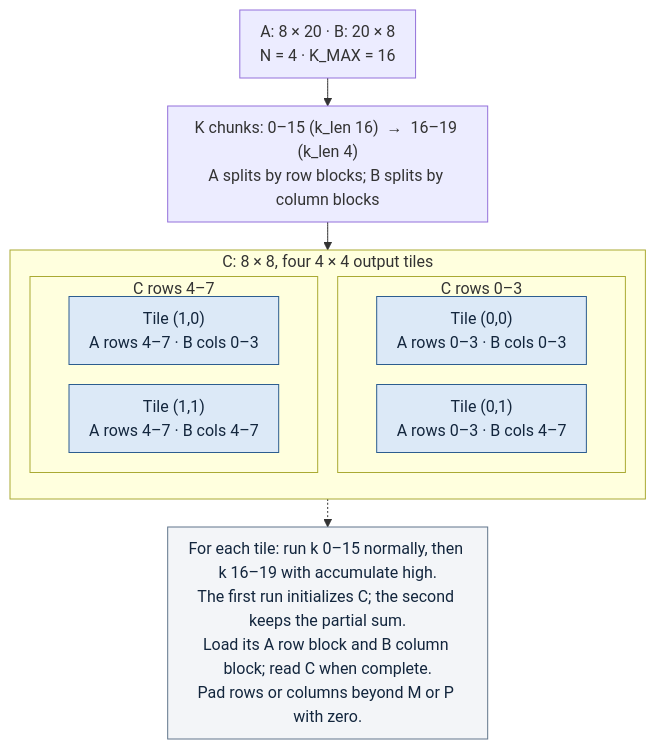
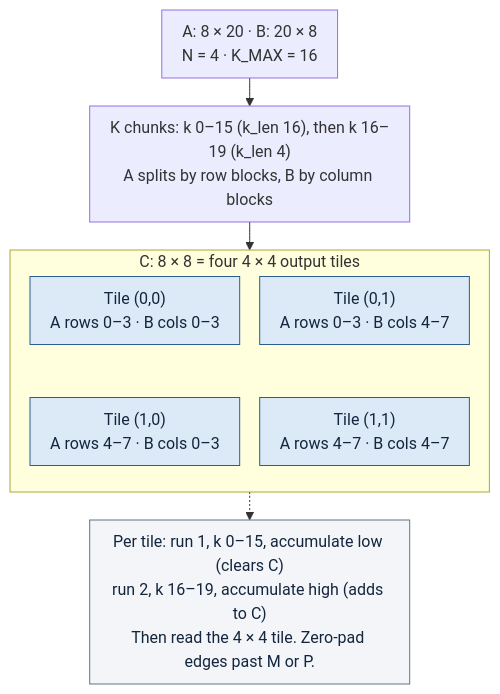
Before and after one commit to vks-g/systolic-matmul-accelerator: the diagram in docs/architecture/src/tiling.mmd, drawn with Mermaid. The commit also changed 5 other files, not shown here.

First line of the commit message:
docs(architecture): fix the tiling grid order and narrow the baseline

```diff
--- a/docs/architecture/src/tiling.mmd
+++ b/docs/architecture/src/tiling.mmd
@@ -1,37 +1,33 @@
 ---
 config:
   flowchart:
     nodeSpacing: 20
     rankSpacing: 28
     padding: 10
     wrappingWidth: 280
 ---
 flowchart TB
   accTitle: Tiling an 8 by 20 times 20 by 8 product on a 4 by 4 array
   accDescr: The output C is four 4 by 4 tiles. Each output tile uses the matching four A rows and four B columns. For each tile, run once with k 0 through 15 and accumulate low, then run with k 16 through 19, k_len 4, and accumulate high. The first run clears the partial sum; the second adds to it.
 
   product["A: 8 × 20  ·  B: 20 × 8<br/>N = 4  ·  K_MAX = 16"]
-  split["K chunks: 0–15 (k_len 16)  →  16–19 (k_len 4)<br/>A splits by row blocks; B splits by column blocks"]
+  split["K chunks: k 0–15 (k_len 16), then k 16–19 (k_len 4)<br/>A splits by row blocks, B by column blocks"]
   product --> split
 
-  subgraph outputs["C: 8 × 8, four 4 × 4 output tiles"]
+  subgraph outputs["C: 8 × 8 = four 4 × 4 output tiles"]
     direction TB
-    subgraph row0["C rows 0–3"]
-      direction LR
-      c00["Tile (0,0)<br/>A rows 0–3 · B cols 0–3"]
-      c01["Tile (0,1)<br/>A rows 0–3 · B cols 4–7"]
-    end
-    subgraph row1["C rows 4–7"]
-      direction LR
-      c10["Tile (1,0)<br/>A rows 4–7 · B cols 0–3"]
-      c11["Tile (1,1)<br/>A rows 4–7 · B cols 4–7"]
-    end
+    c00["Tile (0,0)<br/>A rows 0–3 · B cols 0–3"]
+    c01["Tile (0,1)<br/>A rows 0–3 · B cols 4–7"]
+    c10["Tile (1,0)<br/>A rows 4–7 · B cols 0–3"]
+    c11["Tile (1,1)<br/>A rows 4–7 · B cols 4–7"]
+    c00 ~~~ c10
+    c01 ~~~ c11
   end
   split --> outputs
-  note["For each tile: run k 0–15 normally, then k 16–19 with accumulate high.<br/>The first run initializes C; the second keeps the partial sum.<br/>Load its A row block and B column block; read C when complete.<br/>Pad rows or columns beyond M or P with zero."]
+  note["Per tile: run 1, k 0–15, accumulate low (clears C)<br/>run 2, k 16–19, accumulate high (adds to C)<br/>Then read the 4 × 4 tile. Zero-pad edges past M or P."]
   outputs -.-> note
 
   classDef tile fill:#dce9f7,stroke:#2c5d8f,color:#13263d
   classDef note fill:#f3f5f8,stroke:#60758b,color:#13263d
   class c00,c01,c10,c11 tile
   class note note
```
